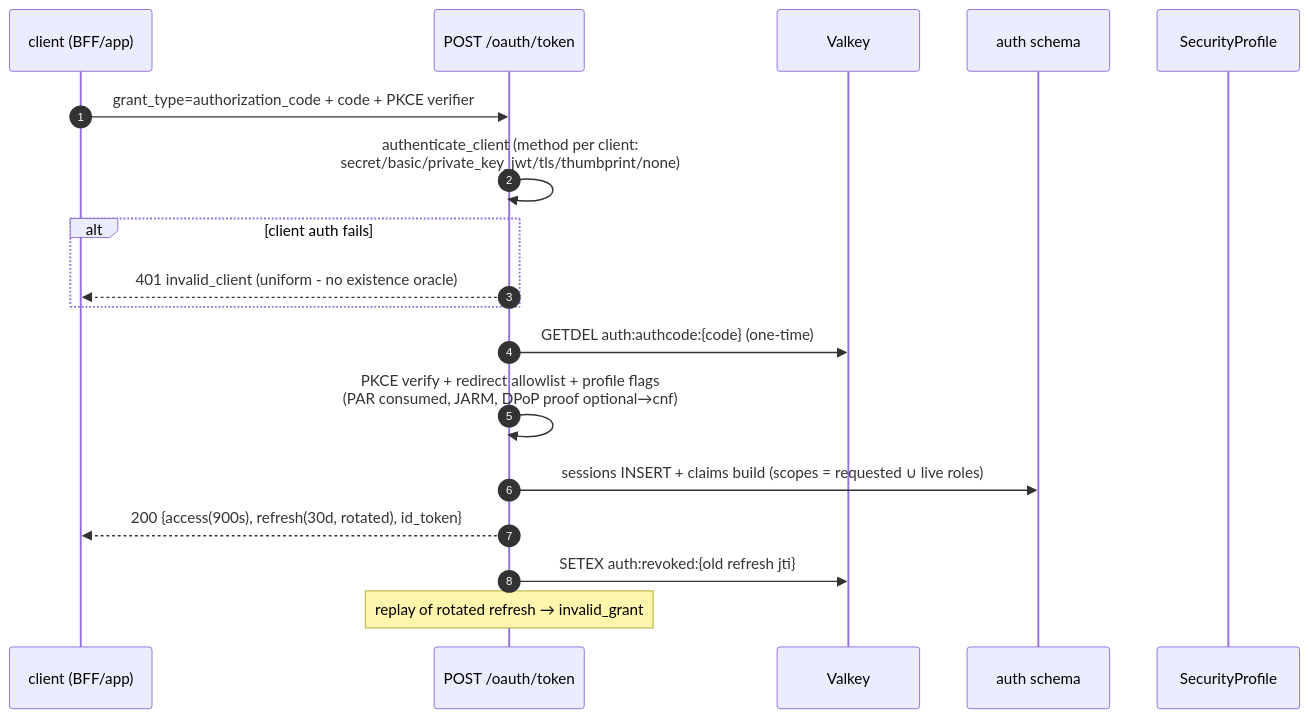
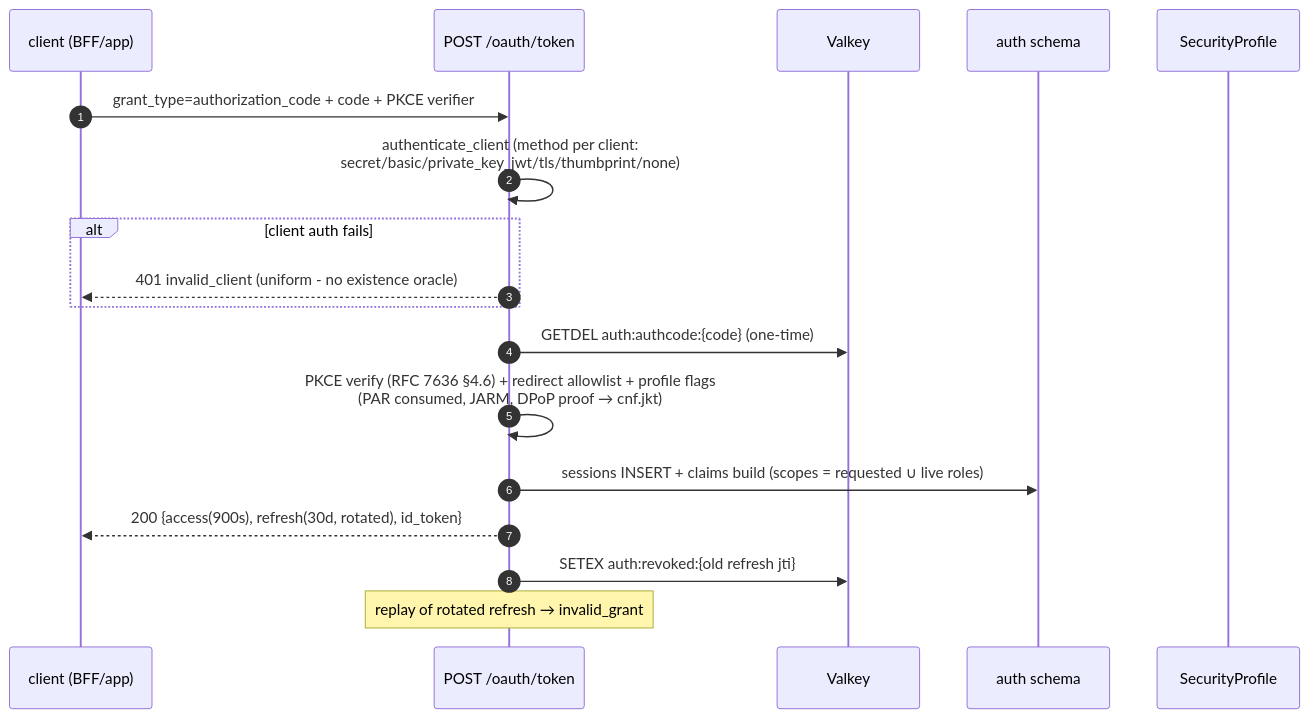
Before and after one commit to Sentin8/sentin8-site: the third of 19 diagrams in docs/services/auth/design.md, drawn with Mermaid. The commit also changed other lines of this file and 28 other files, not shown here.

````diff
--- a/docs/services/auth/design.md
+++ b/docs/services/auth/design.md
@@ -106,21 +126,21 @@
 ```mermaid
 sequenceDiagram
     autonumber
     participant CL as client (BFF/app)
     participant T as POST /oauth/token
     participant VK as Valkey
     participant DB as auth schema
     participant P as SecurityProfile
 
     CL->>T: grant_type=authorization_code + code + PKCE verifier
     T->>T: authenticate_client (method per client:<br/>secret/basic/private_key_jwt/tls/thumbprint/none)
     alt client auth fails
         T-->>CL: 401 invalid_client (uniform - no existence oracle)
     end
     T->>VK: GETDEL auth:authcode:{code} (one-time)
-    T->>T: PKCE verify + redirect allowlist + profile flags<br/>(PAR consumed, JARM, DPoP proof optional→cnf)
+    T->>T: PKCE verify (RFC 7636 §4.6) + redirect allowlist + profile flags<br/>(PAR consumed, JARM, DPoP proof → cnf.jkt)
     T->>DB: sessions INSERT + claims build (scopes = requested ∪ live roles)
     T-->>CL: 200 {access(900s), refresh(30d, rotated), id_token}
     T->>VK: SETEX auth:revoked:{old refresh jti}
     Note over T: replay of rotated refresh → invalid_grant
 ```
````
